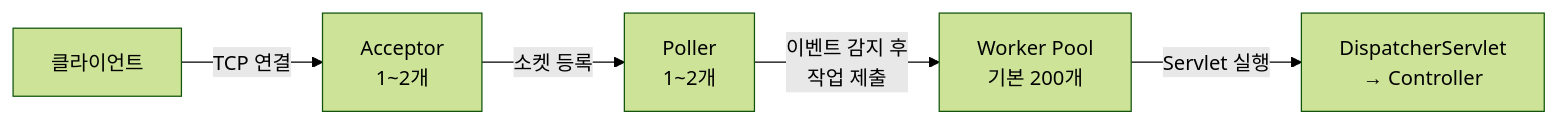
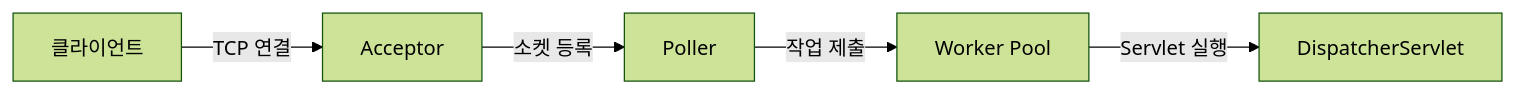
Before and after one commit to yjkim2015/yjkim2015.github.io: the second of 12 diagrams in _posts/server/2026-05-01-tomcat-vs-netty.md, drawn with Mermaid (forest theme). The commit also changed other lines of this file and 245 other files, not shown here.

First line of the commit message:
Mermaid 다이어그램 전면 수정 + 면접 포인트 접기/펼치기 + DB 데드락 페이지

````diff
--- a/_posts/server/2026-05-01-tomcat-vs-netty.md
+++ b/_posts/server/2026-05-01-tomcat-vs-netty.md
@@ -59,7 +59,7 @@
 ```mermaid
 graph LR
-    Client["클라이언트"] -->|"TCP 연결"| ACC["Acceptor\n1~2개"]
-    ACC -->|"소켓 등록"| POL["Poller\n1~2개"]
-    POL -->|"이벤트 감지 후\n작업 제출"| WRK["Worker Pool\n기본 200개"]
-    WRK -->|"Servlet 실행"| DS["DispatcherServlet\n→ Controller"]
+    Client["클라이언트"] -->|"TCP 연결"| ACC["Acceptor"]
+    ACC -->|"소켓 등록"| POL["Poller"]
+    POL -->|"작업 제출"| WRK["Worker Pool"]
+    WRK -->|"Servlet 실행"| DS["DispatcherServlet"]
 ```
````
